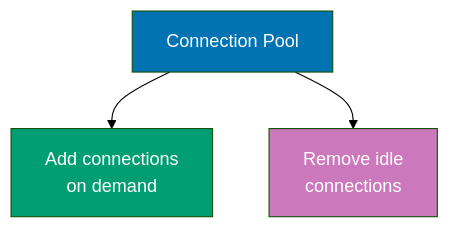
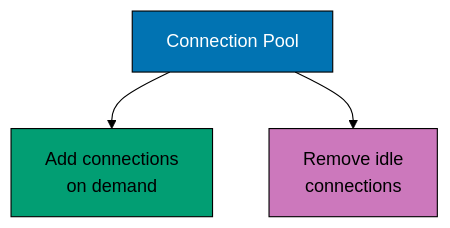
One commit to wahidyankf/ose-public changed diagram 11 of 24 in apps/ayokoding-www/content/en/learn/legacy/software-engineering/programming-languages/elixir/by-example/advanced.md. Above: the diagram before and after it, drawn with Mermaid (forest theme). The commit also changed other lines of this file and 112 other files, not shown here.

First line of the commit message:
fix(mermaid): bring the legacy programming-languages diagrams onto the accessible palette

````diff
--- a/apps/ayokoding-www/content/en/learn/legacy/software-engineering/programming-languages/elixir/by-example/advanced.md
+++ b/apps/ayokoding-www/content/en/learn/legacy/software-engineering/programming-languages/elixir/by-example/advanced.md
@@ -1560,9 +1627,15 @@
 ```mermaid
 graph TD
+    accTitle: Example 68: Dynamic Supervisors
+    accDescr: Graph with 3 nodes and 2 connections. Nodes: Connection Pool, Add connections on demand, Remove idle connections. Connections: Connection Pool to Add connections on demand, Connection Pool to Remove idle connections.
     Pool["Connection Pool"] --> Dynamic["Add connections<br/>on demand"]
     Pool --> Scale["Remove idle<br/>connections"]
 
-    style Pool fill:#0173B2,color:#fff
-    style Dynamic fill:#029E73,color:#fff
-    style Scale fill:#CC78BC,color:#fff
+    classDef pal-0173B2 fill:#0173B2,stroke:#000000,color:#FFFFFF
+    class Pool pal-0173B2
+    classDef pal-029E73 fill:#029E73,stroke:#000000,color:#000000
+    class Dynamic pal-029E73
+    classDef pal-CC78BC fill:#CC78BC,stroke:#000000,color:#000000
+    class Scale pal-CC78BC
+    classDef default fill:#FFFFFF,stroke:#000000,color:#000000
 ```
````
